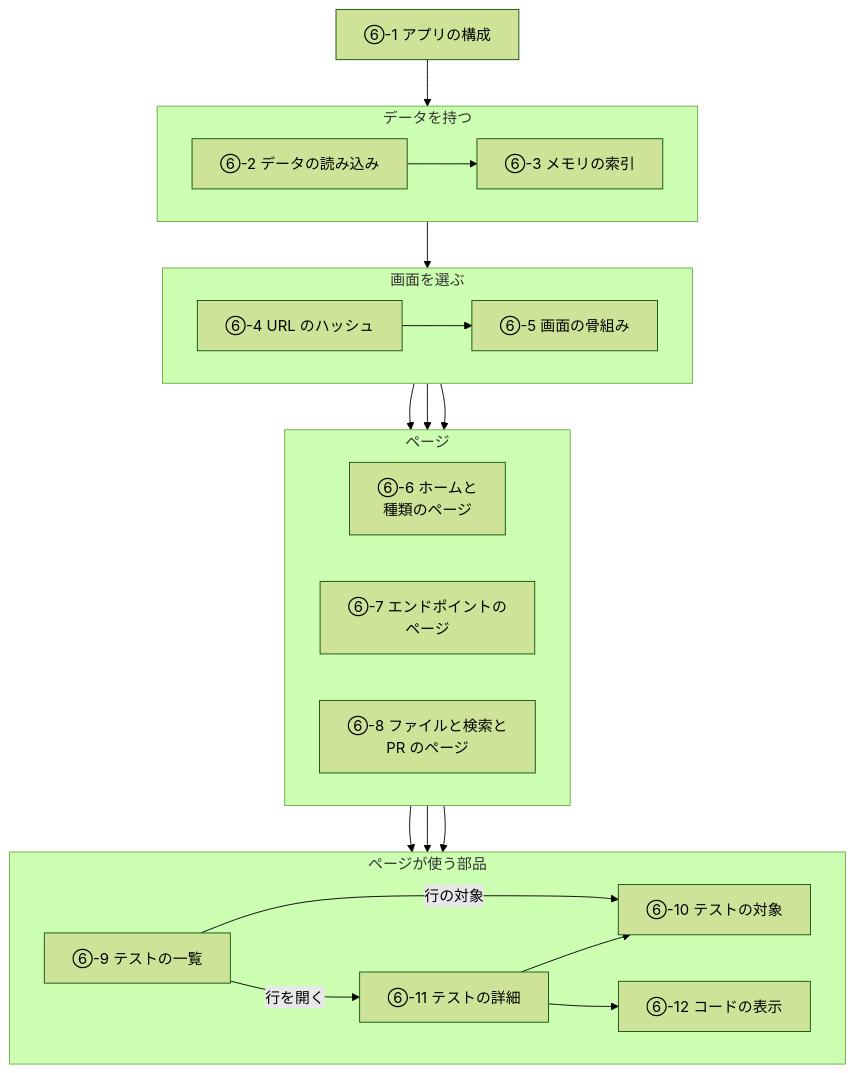
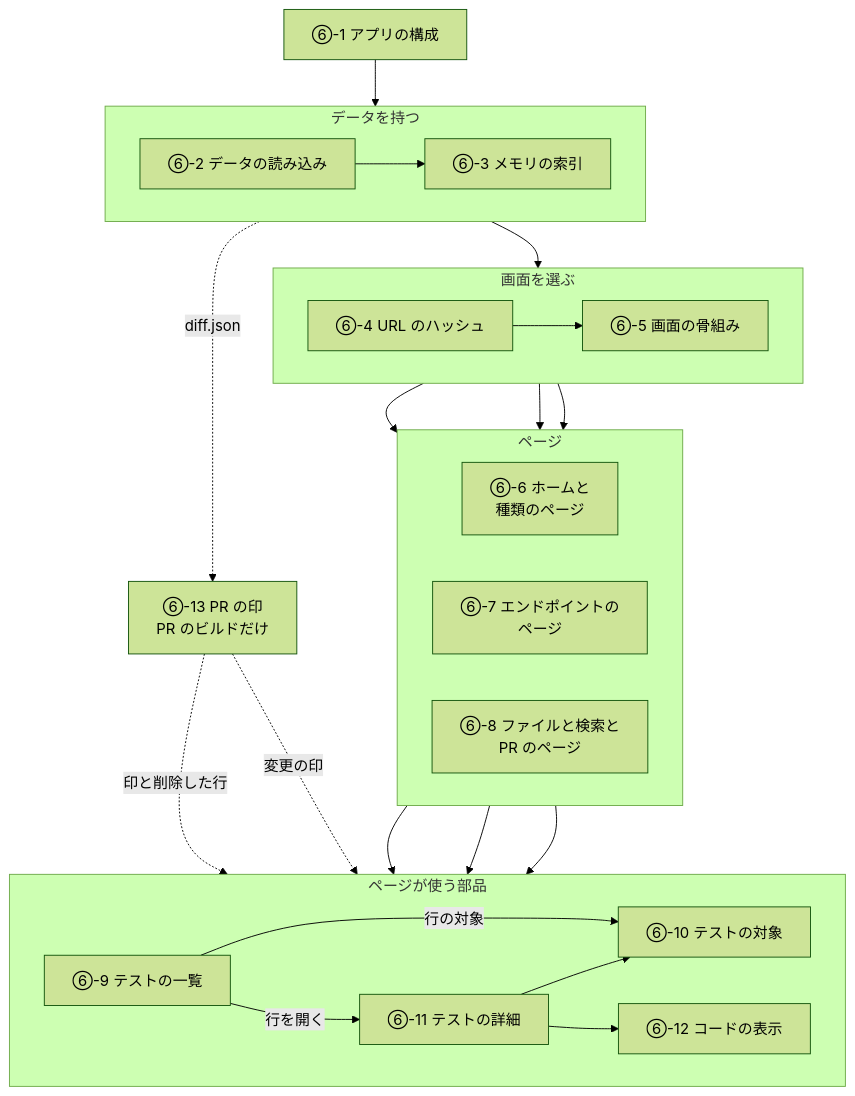
Before and after one commit to maronnjapan/maronn-openid-connect: the second of 42 diagrams in apps/tests/docs/06-viewer.md, drawn with Mermaid (forest theme). The commit also changed other lines of this file and 11 other files, not shown here.

````diff
--- a/apps/tests/docs/06-viewer.md
+++ b/apps/tests/docs/06-viewer.md
@@ -45,41 +45,45 @@
 ```mermaid
 flowchart TB
   S1["⑥-1 アプリの構成"]
   subgraph DATA["データを持つ"]
     direction LR
     S2["⑥-2 データの読み込み"]
     S3["⑥-3 メモリの索引"]
   end
   subgraph FRAME["画面を選ぶ"]
     direction LR
     S4["⑥-4 URL のハッシュ"]
     S5["⑥-5 画面の骨組み"]
   end
   subgraph PAGES["ページ"]
     direction LR
     S6["⑥-6 ホームと<br/>種類のページ"]
     S7["⑥-7 エンドポイントの<br/>ページ"]
     S8["⑥-8 ファイルと検索と<br/>PR のページ"]
   end
   subgraph PARTS["ページが使う部品"]
     direction LR
     S9["⑥-9 テストの一覧"]
     S10["⑥-10 テストの対象"]
     S11["⑥-11 テストの詳細"]
     S12["⑥-12 コードの表示"]
   end
+  S13["⑥-13 PR の印<br/>PR のビルドだけ"]
   S1 --> S2
   S2 --> S3
   S4 --> S5
   S3 --> S5
   S5 --> S6
   S5 --> S7
   S5 --> S8
   S6 --> S9
   S7 --> S9
   S8 --> S9
   S9 -->|"行の対象"| S10
   S9 -->|"行を開く"| S11
   S11 --> S10
   S11 --> S12
+  S3 -.->|"diff.json"| S13
+  S13 -.->|"印と削除した行"| S9
+  S13 -.->|"変更の印"| S11
 ```
````
